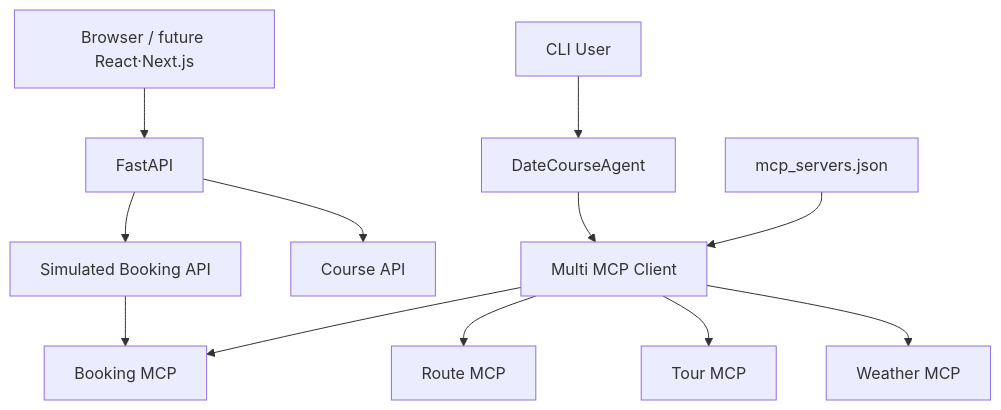
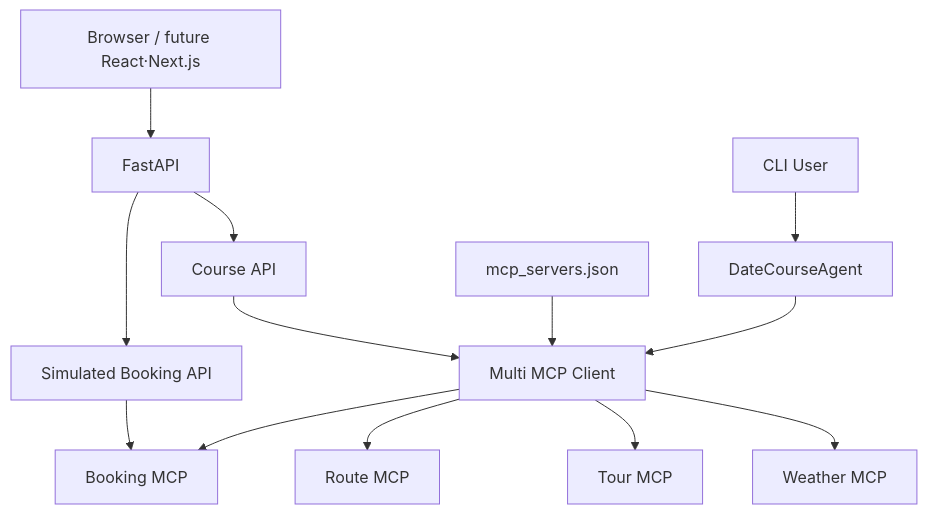
One commit to cyb3rmaya/courseful-date-agent-demo changed the diagram in plan.md. Above: the diagram before and after it, drawn with Mermaid. The commit also changed other lines of this file and 6 other files, not shown here.

````diff
--- a/plan.md
+++ b/plan.md
@@ -3016,14 +3017,15 @@
 ```mermaid
 flowchart TB
     Front[Browser / future React·Next.js] --> Backend[FastAPI]
     Backend --> CourseAPI[Course API]
     Backend --> BookingAPI[Simulated Booking API]
+    CourseAPI --> Multi
     User[CLI User] --> Agent[DateCourseAgent]
     Agent --> Multi[Multi MCP Client]
     Config[mcp_servers.json] --> Multi
     Multi --> Weather[Weather MCP]
     Multi --> Tour[Tour MCP]
     Multi --> Route[Route MCP]
     Multi --> Booking[Booking MCP]
     BookingAPI --> Booking
 ```
````
